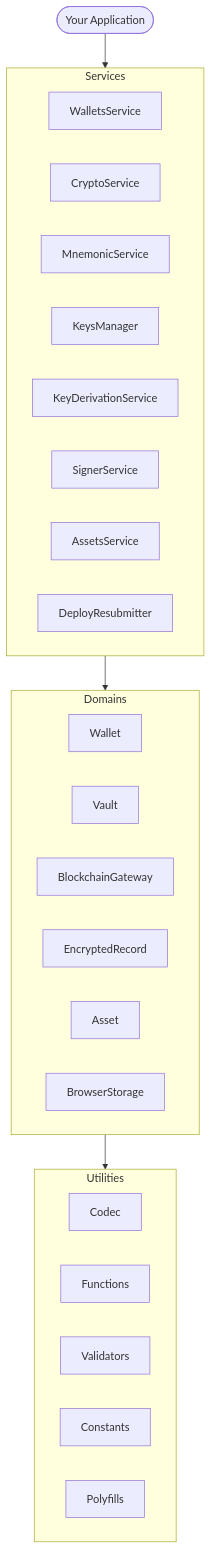
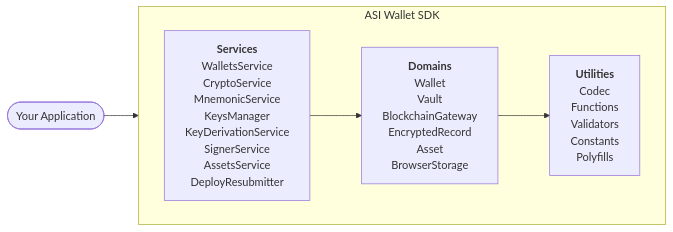
One commit to asi-alliance/asi-chain-docs-portal changed the third of 6 diagrams in wallet-sdk/overview/index.md. Above: the diagram before and after it, drawn with Mermaid. The commit also changed other lines of this file, not shown here.

Commit message:
[AS-571] Add 6 mermaid diagram variations for review

````diff
--- a/wallet-sdk/overview/index.md
+++ b/wallet-sdk/overview/index.md
@@ -100,22 +113,12 @@
 ```mermaid
-graph TB
-    A(["Your Application"]) --> S
+graph LR
+    A(["Your Application"]) --> SDK
 
-    subgraph S["Services"]
-        S1["WalletsService"] & S2["CryptoService"] & S3["MnemonicService"] & S4["KeysManager"]
-        S5["KeyDerivationService"] & S6["SignerService"] & S7["AssetsService"] & S8["DeployResubmitter"]
-    end
-
-    S --> D
-
-    subgraph D["Domains"]
-        D1["Wallet"] & D2["Vault"] & D3["BlockchainGateway"]
-        D4["EncryptedRecord"] & D5["Asset"] & D6["BrowserStorage"]
-    end
-
-    D --> U
-
-    subgraph U["Utilities"]
-        U1["Codec"] & U2["Functions"] & U3["Validators"] & U4["Constants"] & U5["Polyfills"]
+    subgraph SDK["ASI Wallet SDK"]
+        direction LR
+        S["<b>Services</b><br/>WalletsService<br/>CryptoService<br/>MnemonicService<br/>KeysManager<br/>KeyDerivationService<br/>SignerService<br/>AssetsService<br/>DeployResubmitter"]
+        D["<b>Domains</b><br/>Wallet<br/>Vault<br/>BlockchainGateway<br/>EncryptedRecord<br/>Asset<br/>BrowserStorage"]
+        U["<b>Utilities</b><br/>Codec<br/>Functions<br/>Validators<br/>Constants<br/>Polyfills"]
+        S --> D --> U
     end
 ```
````
